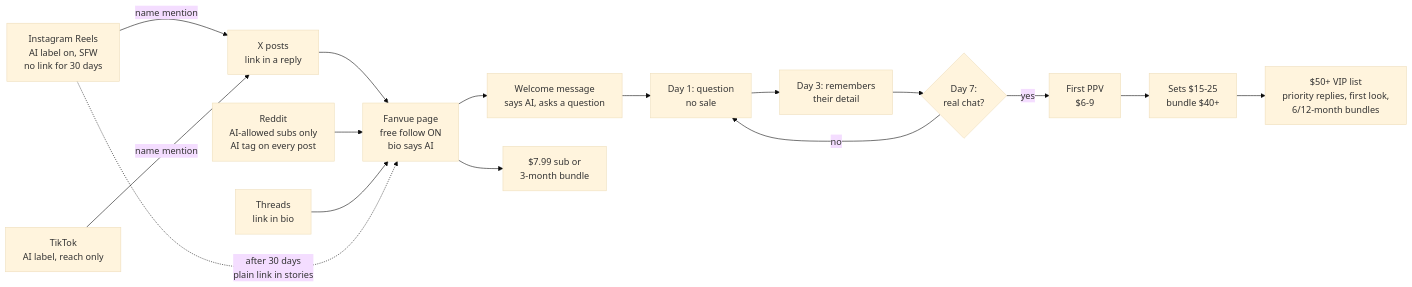
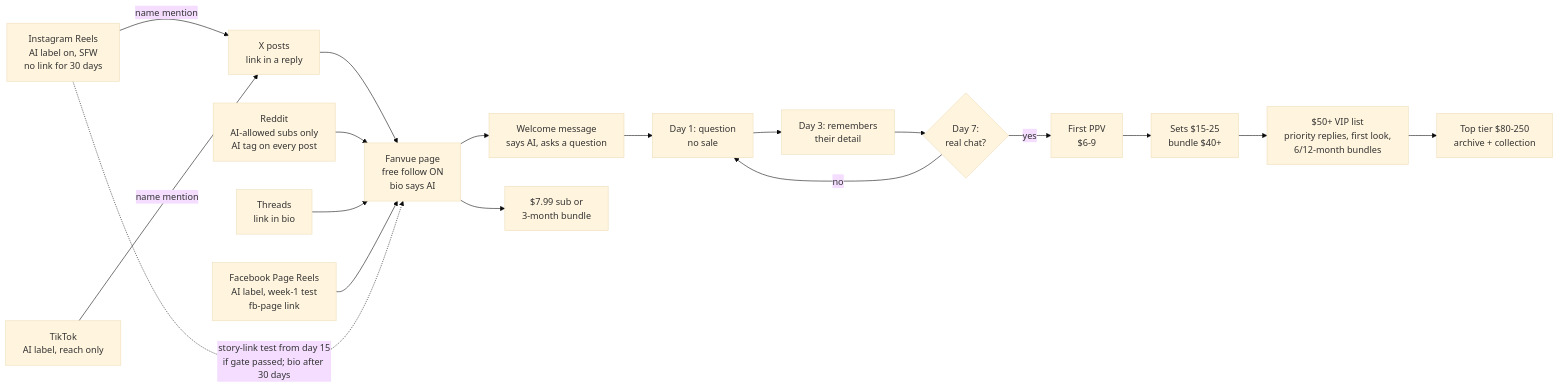
One commit to Bernigglywiggly/Bernard changed the diagram in ofm/PLAYBOOK.md. Above: the diagram before and after it, drawn with Mermaid (base theme). The commit also changed other lines of this file and 3 other files, not shown here.

Commit message:
AI OFM: coach video review 16 Oct; add $80-250 top tier, bundle over trials, FB Page week-1 test, IG story-link test from day 15, scale cadence

````diff
--- a/ofm/PLAYBOOK.md
+++ b/ofm/PLAYBOOK.md
@@ -55,18 +63,20 @@
 ```mermaid
 flowchart LR
     IG["Instagram Reels<br/>AI label on, SFW<br/>no link for 30 days"] -->|"name mention"| X
     TT["TikTok<br/>AI label, reach only"] -->|"name mention"| X
     X["X posts<br/>link in a reply"] --> FV
     RD["Reddit<br/>AI-allowed subs only<br/>AI tag on every post"] --> FV
     TH["Threads<br/>link in bio"] --> FV
-    IG -.->|"after 30 days<br/>plain link in stories"| FV
+    FB["Facebook Page Reels<br/>AI label, week-1 test<br/>fb-page link"] --> FV
+    IG -.->|"story-link test from day 15<br/>if gate passed; bio after 30 days"| FV
     FV["Fanvue page<br/>free follow ON<br/>bio says AI"] --> W["Welcome message<br/>says AI, asks a question"]
     W --> D1["Day 1: question<br/>no sale"]
     D1 --> D3["Day 3: remembers<br/>their detail"]
     D3 --> D7{"Day 7:<br/>real chat?"}
     D7 -->|"yes"| P1["First PPV<br/>$6-9"]
     D7 -->|"no"| D1
     P1 --> P2["Sets $15-25<br/>bundle $40+"]
     P2 --> V["$50+ VIP list<br/>priority replies, first look,<br/>6/12-month bundles"]
+    V --> T["Top tier $80-250<br/>archive + collection"]
     FV --> S["$7.99 sub or<br/>3-month bundle"]
 ```
````
